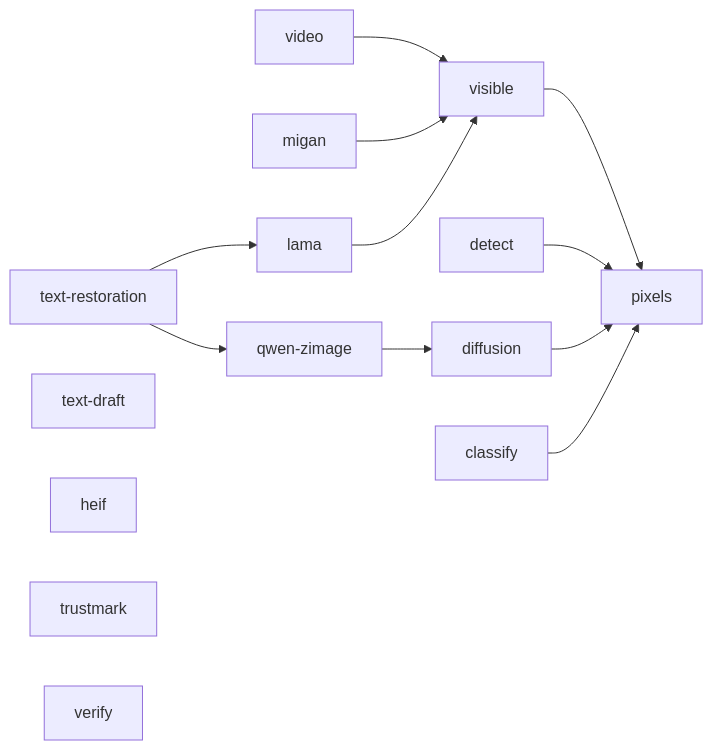
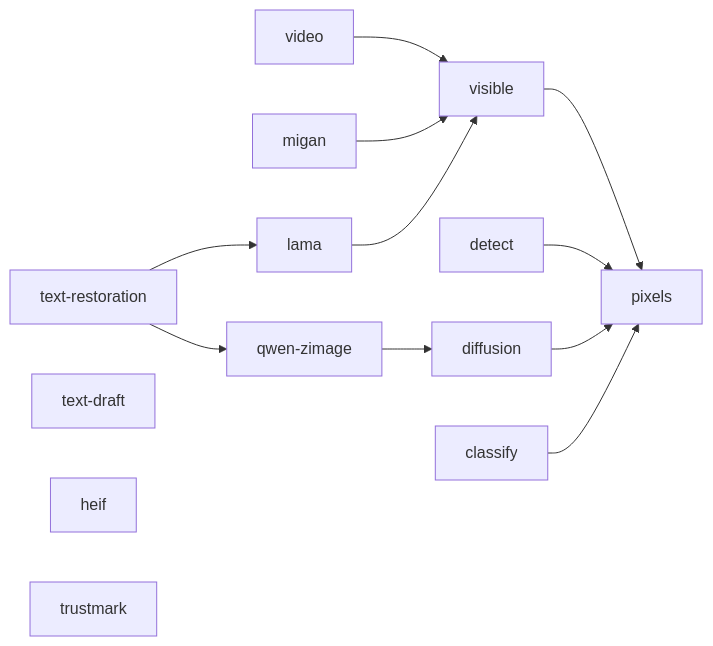
The diagram in docs/installation.md (Kadantte/remove-ai-watermarks), drawn with Mermaid before and after one commit. The commit also changed other lines of this file and 24 other files, not shown here.

````diff
--- a/docs/installation.md
+++ b/docs/installation.md
@@ -141,17 +140,16 @@
 ```mermaid
 flowchart LR
     visible --> pixels
     video --> visible
     detect --> pixels
     diffusion --> pixels
     migan --> visible
     lama --> visible
     qwen["qwen-zimage"] --> diffusion
     text["text-restoration"] --> qwen
     text --> lama
     draft["text-draft"]
     heif
     trustmark
     classify --> pixels
-    verify
 ```
````
